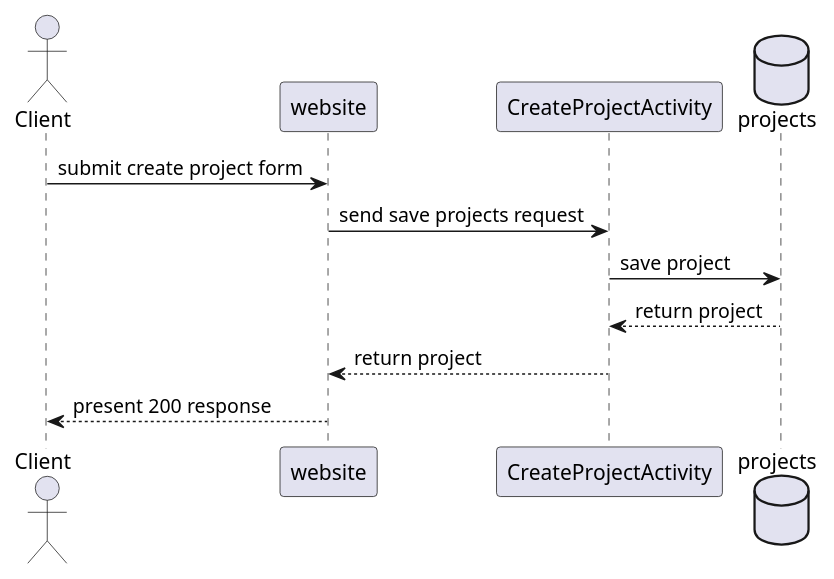
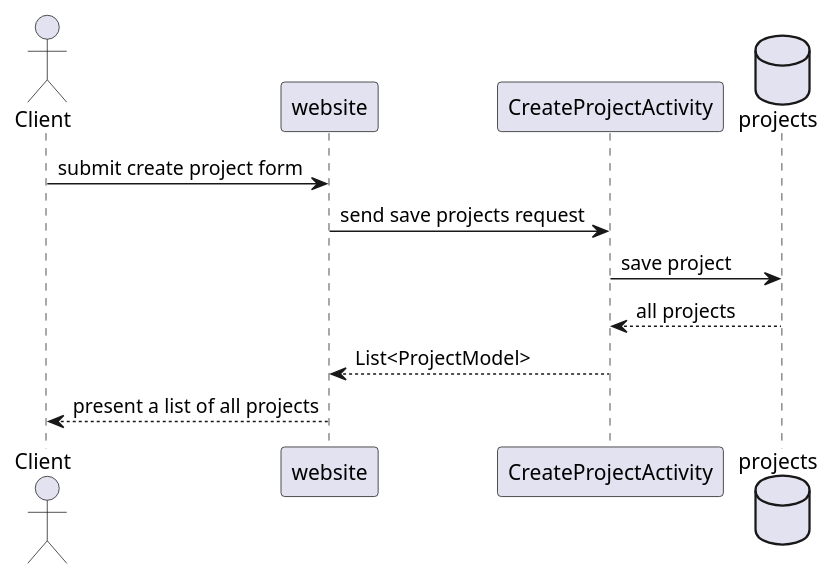
Before and after one commit to BloomTechBackend/bd-team-project-miguelfr: the diagram in project_documents/UML diagrams/createProjectSD.puml, drawn with PlantUML. The commit also changed 6 other files, not shown here.

Commit message:
Updateing the diagrams

```diff
--- a/project_documents/UML diagrams/createProjectSD.puml
+++ b/project_documents/UML diagrams/createProjectSD.puml
@@ -1,13 +1,13 @@
 @startuml
 actor Client
 participant website
 participant CreateProjectActivity
 database projects
 
 Client -> website: submit create project form
 website -> CreateProjectActivity: send save projects request
 CreateProjectActivity -> projects: save project
-CreateProjectActivity <-- projects: return project
-website <-- CreateProjectActivity: return project
-Client <-- website: present 200 response
+CreateProjectActivity <-- projects: all projects
+website <-- CreateProjectActivity: List<ProjectModel>
+Client <-- website: present a list of all projects
 @enduml
```
